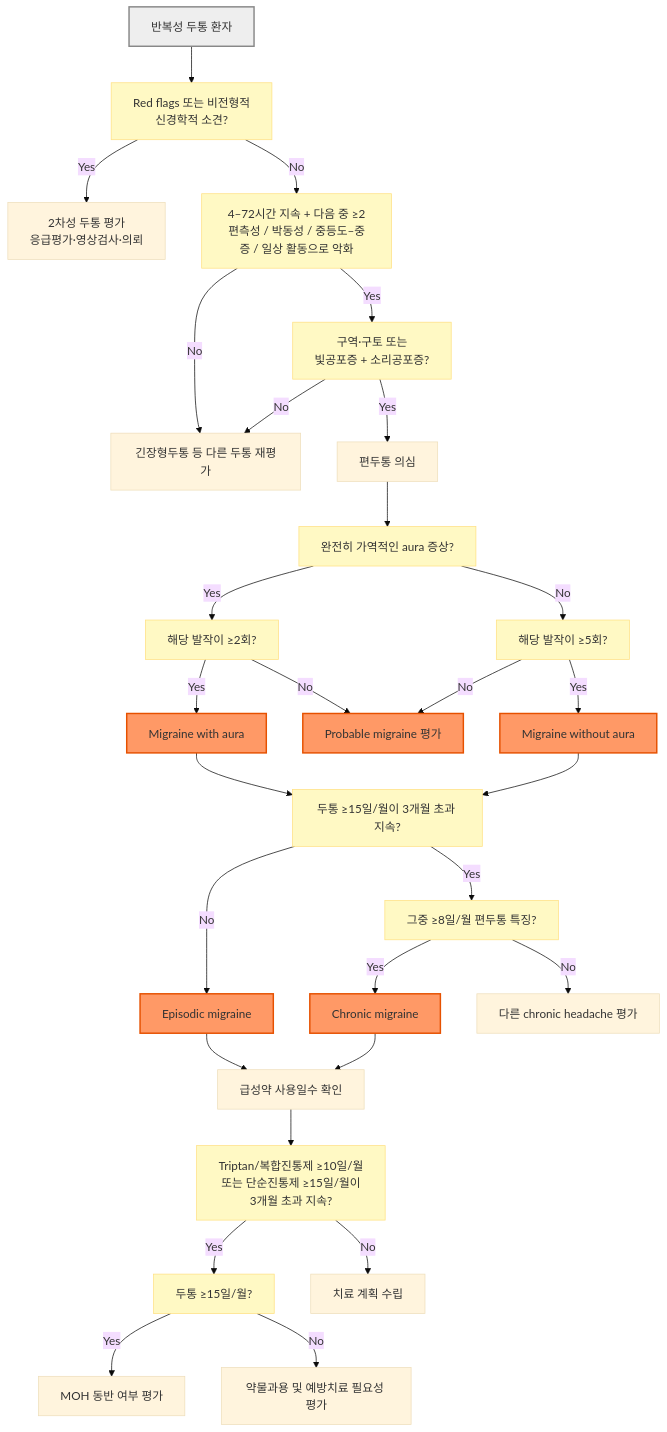
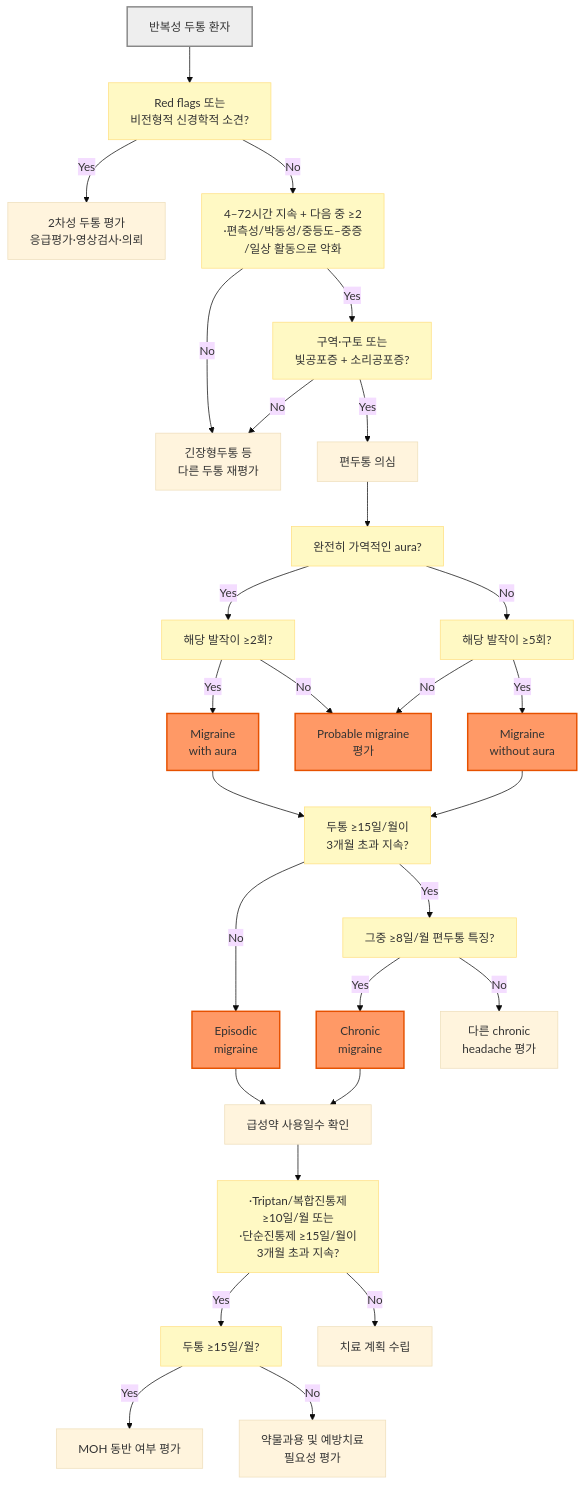
Before and after one commit to familyoh77/familyoh77: the first of 2 diagrams in 221_/016_-migraine.md, drawn with Mermaid (base theme).

Commit message:
GITBOOK-1648: No subject

````diff
--- a/221_/016_-migraine.md
+++ b/221_/016_-migraine.md
@@ -184,38 +184,36 @@
 ```mermaid
 flowchart TD
-    A["반복성 두통 환자"] --> B["Red flags 또는 비전형적<br/>신경학적 소견?"]
+    A["반복성 두통 환자"] --> B["Red flags 또는 <br/>비전형적 신경학적 소견?"]
     B -- "Yes" --> C["2차성 두통 평가<br/>응급평가·영상검사·의뢰"]
-    B -- "No" --> D["4–72시간 지속 + 다음 중 ≥2<br/>편측성 / 박동성 / 중등도–중증 / 일상 활동으로 악화"]
-    D -- "No" --> E["긴장형두통 등 다른 두통 재평가"]
+    B -- "No" --> D["4–72시간 지속 + 다음 중 ≥2<br/>·편측성/박동성/중등도–중증<br/>/일상 활동으로 악화"]
+    D -- "No" --> E["긴장형두통 등 <br/>다른 두통 재평가"]
     D -- "Yes" --> F["구역·구토 또는<br/>빛공포증 + 소리공포증?"]
     F -- "No" --> E
     F -- "Yes" --> G["편두통 의심"]
-    G --> H["완전히 가역적인 aura 증상?"]
+    G --> H["완전히 가역적인 aura?"]
     H -- "Yes" --> I0["해당 발작이 ≥2회?"]
-    I0 -- "Yes" --> I["Migraine with aura"]
-    I0 -- "No" --> T["Probable migraine 평가"]
+    I0 -- "Yes" --> I["Migraine <br/>with aura"]
+    I0 -- "No" --> T["Probable migraine<br/>평가"]
     H -- "No" --> J0["해당 발작이 ≥5회?"]
-    J0 -- "Yes" --> J["Migraine without aura"]
+    J0 -- "Yes" --> J["Migraine <br/>without aura"]
     J0 -- "No" --> T
-    I --> K["두통 ≥15일/월이 3개월 초과 지속?"]
+    I --> K["두통 ≥15일/월이 <br/>3개월 초과 지속?"]
     J --> K
-    K -- "No" --> L["Episodic migraine"]
+    K -- "No" --> L["Episodic <br/>migraine"]
     K -- "Yes" --> M["그중 ≥8일/월 편두통 특징?"]
-    M -- "Yes" --> N["Chronic migraine"]
-    M -- "No" --> O["다른 chronic headache 평가"]
+    M -- "Yes" --> N["Chronic <br/>migraine"]
+    M -- "No" --> O["다른 chronic <br/>headache 평가"]
     L --> P["급성약 사용일수 확인"]
     N --> P
-    P --> Q["Triptan/복합진통제 ≥10일/월<br/>또는 단순진통제 ≥15일/월이<br/>3개월 초과 지속?"]
+    P --> Q["·Triptan/복합진통제 <br/>≥10일/월 또는 <br/>·단순진통제 ≥15일/월이<br/>3개월 초과 지속?"]
     Q -- "Yes" --> R0["두통 ≥15일/월?"]
     R0 -- "Yes" --> R["MOH 동반 여부 평가"]
-    R0 -- "No" --> U["약물과용 및 예방치료 필요성 평가"]
+    R0 -- "No" --> U["약물과용 및 예방치료 <br/>필요성 평가"]
     Q -- "No" --> S["치료 계획 수립"]
-
     classDef question fill:#fff9c4,stroke:#ffe082
     classDef diagnosis fill:#f96,stroke:#e65100,stroke-width:2px
     classDef startNode fill:#eeeeee,stroke:#888888,stroke-width:2px
-
     class A startNode
     class B,D,F,H,I0,J0,K,M,Q,R0 question
     class I,J,L,N,T diagnosis
 ```
````
